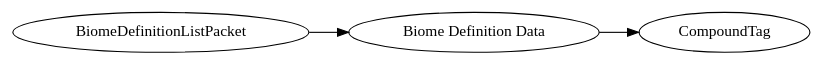
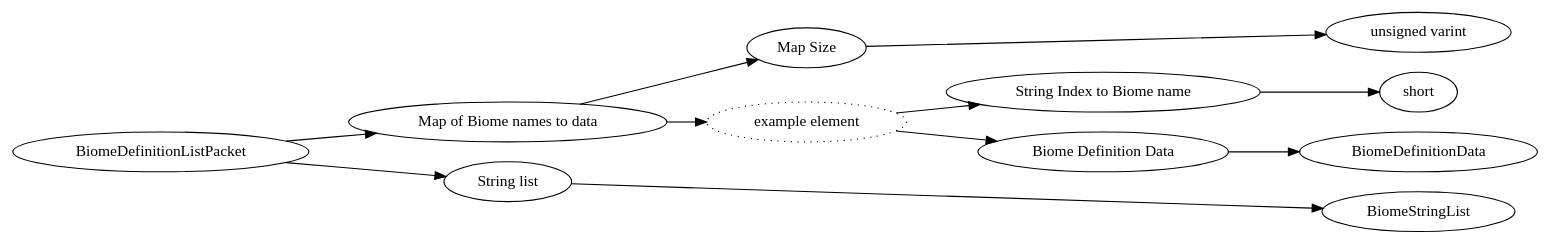
One commit to Mojang/bedrock-protocol-docs changed the diagram in dot/BiomeDefinitionListPacket.dot. Above: the diagram before and after it, drawn with Graphviz. The commit also changed 183 other files, not shown here.

```diff
--- a/dot/BiomeDefinitionListPacket.dot
+++ b/dot/BiomeDefinitionListPacket.dot
@@ -1,12 +1,28 @@
 digraph "BiomeDefinitionListPacket" {
 rankdir = LR
 0
 0 -> 1
 1 -> 2
+2 -> 3
+1 -> 4
+4 -> 5
+5 -> 9
+4 -> 10
+10 -> 371
+0 -> 372
+372 -> 383
 
 0 [label="BiomeDefinitionListPacket",comment="name: \"BiomeDefinitionListPacket\", typeName: \"\", id: 0, branchId: 122, recurseId: -1, attributes: 0, notes: \"\""];
-1 [label="Biome Definition Data",comment="name: \"Biome Definition Data\", typeName: \"CompoundTag\", id: 1, branchId: 0, recurseId: -1, attributes: 256, notes: \"CompoundTag containing one object per biome definition: 		BiomeName: { 		temperature (float), 		downfall(float), 		red_spores (float), 		blue_spores (float), 		ash (float), 		white_ash (float), 		depth (float), 		height (float), 		waterColorR (float), 		waterColorG (float), 		waterColorB (float), 		waterColorA (float), 		waterTransparency (float), 		rain (bool), 		tags (ListTag), 		name_hash (std::string)}\""];
-2 [label="CompoundTag",comment="name: \"CompoundTag\", typeName: \"\", id: 2, branchId: 0, recurseId: -1, attributes: 512, notes: \"\""];
-{ rank = max;2}
+1 [label="Map of Biome names to data",comment="name: \"Map of Biome names to data\", typeName: \"\", id: 1, branchId: 0, recurseId: -1, attributes: 8, notes: \"\""];
+2 [label="Map Size",comment="name: \"Map Size\", typeName: \"\", id: 2, branchId: 0, recurseId: -1, attributes: 0, notes: \"\""];
+3 [label="unsigned varint",comment="name: \"unsigned varint\", typeName: \"\", id: 3, branchId: 0, recurseId: -1, attributes: 512, notes: \"\""];
+4 [label="example element",style=dotted,comment="name: \"example element\", typeName: \"\", id: 4, branchId: 0, recurseId: -1, attributes: 16, notes: \"\""];
+5 [label="String Index to Biome name",comment="name: \"String Index to Biome name\", typeName: \"short\", id: 5, branchId: 0, recurseId: -1, attributes: 256, notes: \"\""];
+9 [label="short",comment="name: \"short\", typeName: \"\", id: 9, branchId: 0, recurseId: -1, attributes: 512, notes: \"\""];
+10 [label="Biome Definition Data",comment="name: \"Biome Definition Data\", typeName: \"BiomeDefinitionData\", id: 10, branchId: 0, recurseId: -1, attributes: 256, notes: \"\""];
+371 [label="BiomeDefinitionData",comment="name: \"BiomeDefinitionData\", typeName: \"\", id: 371, branchId: 0, recurseId: -1, attributes: 512, notes: \"\""];
+372 [label="String list",comment="name: \"String list\", typeName: \"BiomeStringList\", id: 372, branchId: 0, recurseId: -1, attributes: 256, notes: \"\""];
+383 [label="BiomeStringList",comment="name: \"BiomeStringList\", typeName: \"\", id: 383, branchId: 0, recurseId: -1, attributes: 512, notes: \"\""];
+{ rank = max;3;9;371;383}
 
 }
```
